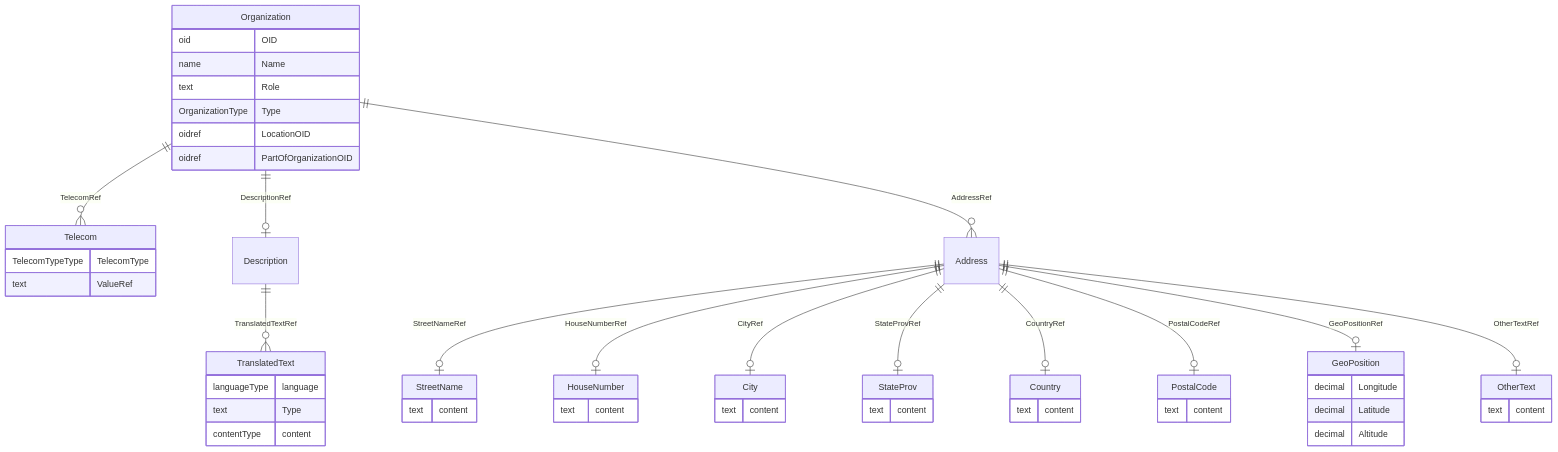
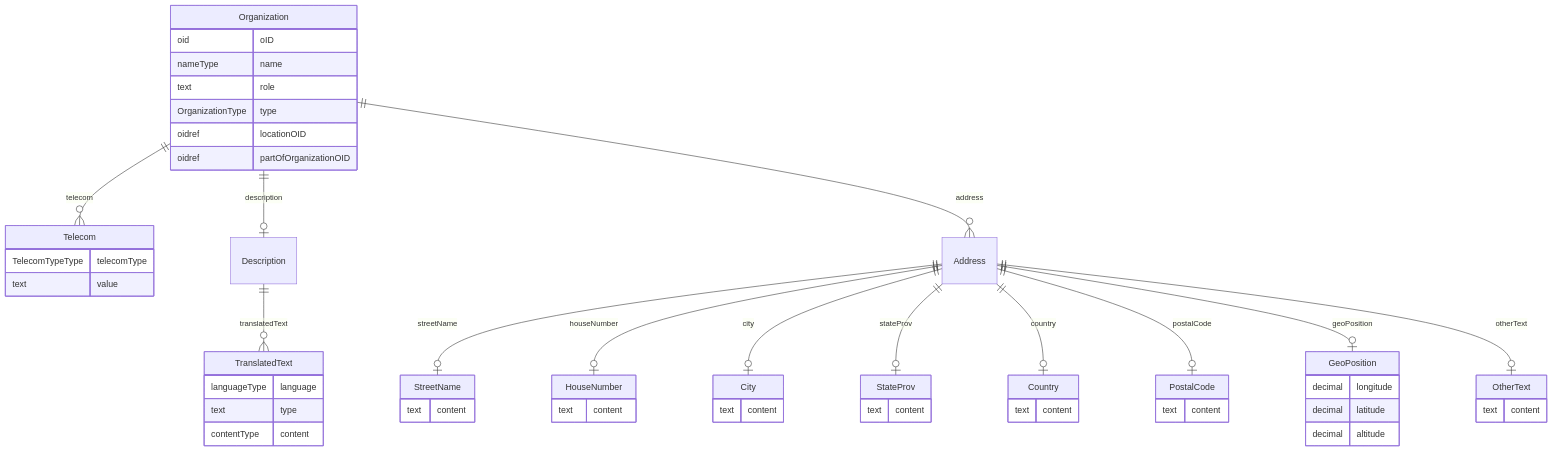
The diagram in docs/Organization.md (cdisc-org/DataExchange-ODM-LinkML), drawn with Mermaid before and after one commit. The commit also changed other lines of this file and 759 other files, not shown here.

````diff
--- a/docs/Organization.md
+++ b/docs/Organization.md
@@ -11,66 +11,66 @@
 ```mermaid
 erDiagram
 Organization {
-    oid OID  
-    name Name  
-    text Role  
-    OrganizationType Type  
-    oidref LocationOID  
-    oidref PartOfOrganizationOID  
+    oid oID  
+    nameType name  
+    text role  
+    OrganizationType type  
+    oidref locationOID  
+    oidref partOfOrganizationOID  
 }
 Telecom {
-    TelecomTypeType TelecomType  
-    text ValueRef  
+    TelecomTypeType telecomType  
+    text value  
 }
 Address {
 
 }
 OtherText {
     text content  
 }
 GeoPosition {
-    decimal Longitude  
-    decimal Latitude  
-    decimal Altitude  
+    decimal longitude  
+    decimal latitude  
+    decimal altitude  
 }
 PostalCode {
     text content  
 }
 Country {
     text content  
 }
 StateProv {
     text content  
 }
 City {
     text content  
 }
 HouseNumber {
     text content  
 }
 StreetName {
     text content  
 }
 Description {
 
 }
 TranslatedText {
     languageType language  
-    text Type  
+    text type  
     contentType content  
 }
 
-Organization ||--|o Description : "DescriptionRef"
-Organization ||--}o Address : "AddressRef"
-Organization ||--}o Telecom : "TelecomRef"
-Address ||--|o StreetName : "StreetNameRef"
-Address ||--|o HouseNumber : "HouseNumberRef"
-Address ||--|o City : "CityRef"
-Address ||--|o StateProv : "StateProvRef"
-Address ||--|o Country : "CountryRef"
-Address ||--|o PostalCode : "PostalCodeRef"
-Address ||--|o GeoPosition : "GeoPositionRef"
-Address ||--|o OtherText : "OtherTextRef"
-Description ||--}o TranslatedText : "TranslatedTextRef"
+Organization ||--|o Description : "description"
+Organization ||--}o Address : "address"
+Organization ||--}o Telecom : "telecom"
+Address ||--|o StreetName : "streetName"
+Address ||--|o HouseNumber : "houseNumber"
+Address ||--|o City : "city"
+Address ||--|o StateProv : "stateProv"
+Address ||--|o Country : "country"
+Address ||--|o PostalCode : "postalCode"
+Address ||--|o GeoPosition : "geoPosition"
+Address ||--|o OtherText : "otherText"
+Description ||--}o TranslatedText : "translatedText"
 
 ```
````
